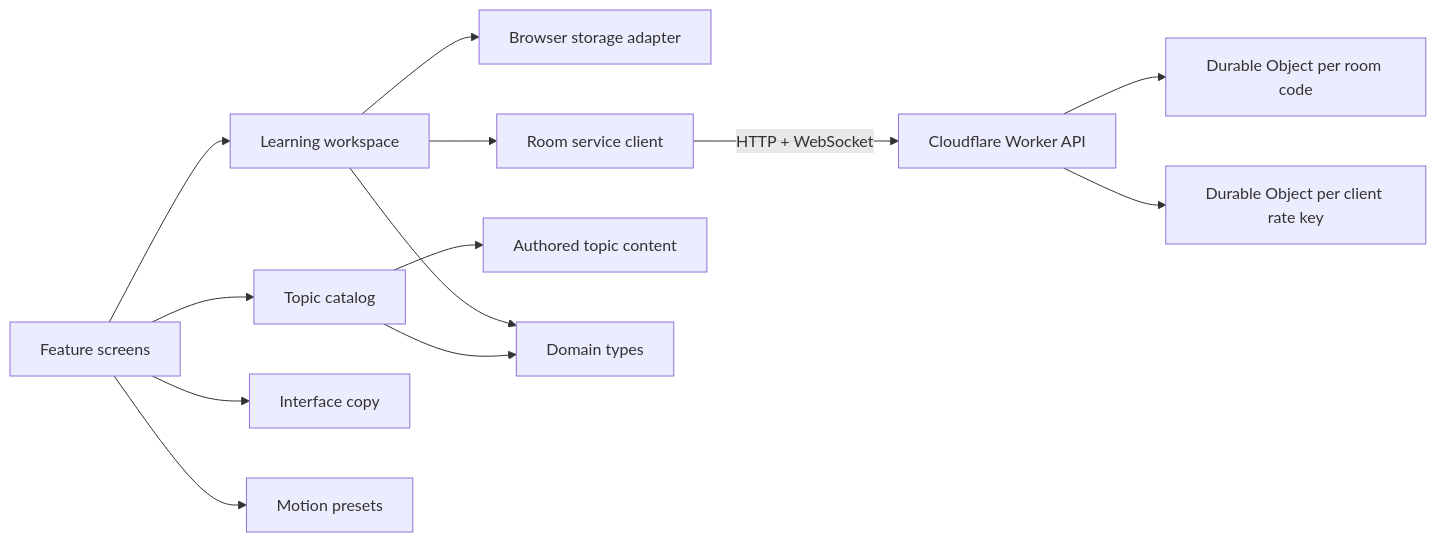
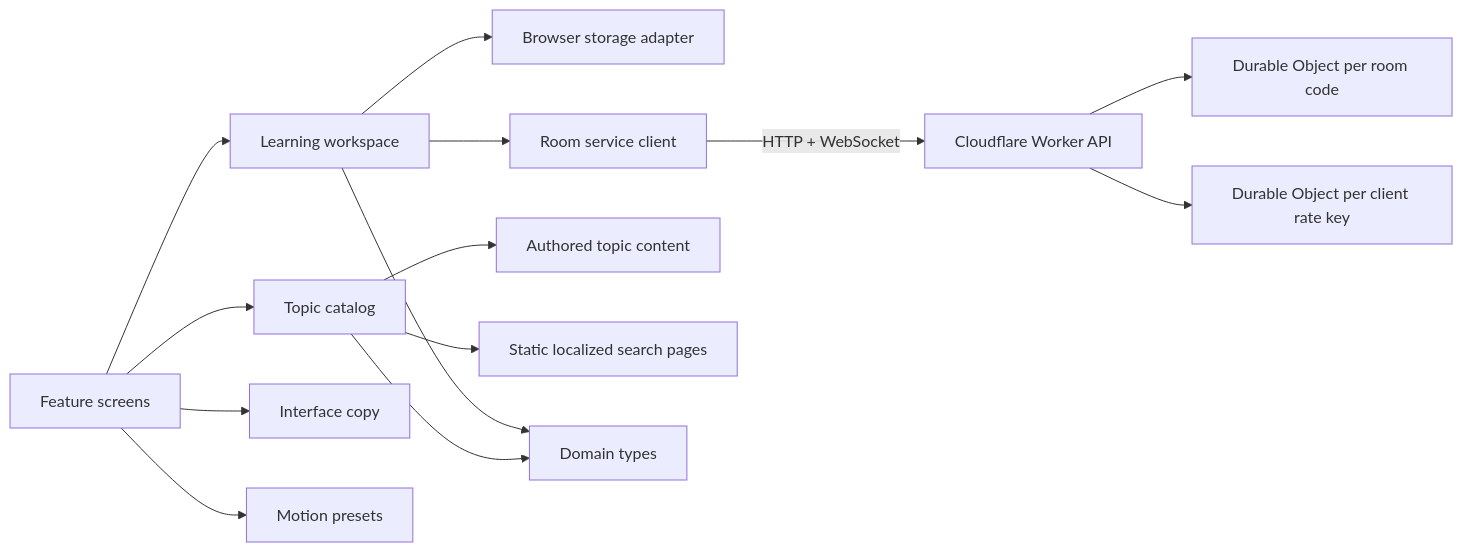
The diagram in docs/ARCHITECTURE.md (RobTar97/linguaflow), drawn with Mermaid before and after one commit. The commit also changed other lines of this file and 27 other files, not shown here.

````diff
--- a/docs/ARCHITECTURE.md
+++ b/docs/ARCHITECTURE.md
@@ -6,15 +8,16 @@
 ```mermaid
 flowchart LR
   UI[Feature screens] --> WS[Learning workspace]
   UI --> CAT[Topic catalog]
   UI --> I18N[Interface copy]
   WS --> STORE[Browser storage adapter]
   WS --> API[Room service client]
   API -->|HTTP + WebSocket| WORKER[Cloudflare Worker API]
   WORKER --> DO[Durable Object per room code]
   WORKER --> RATE[Durable Object per client rate key]
   CAT --> CONTENT[Authored topic content]
+  CAT --> SEO[Static localized search pages]
   WS --> DOMAIN[Domain types]
   CAT --> DOMAIN
   UI --> MOTION[Motion presets]
 ```
````
